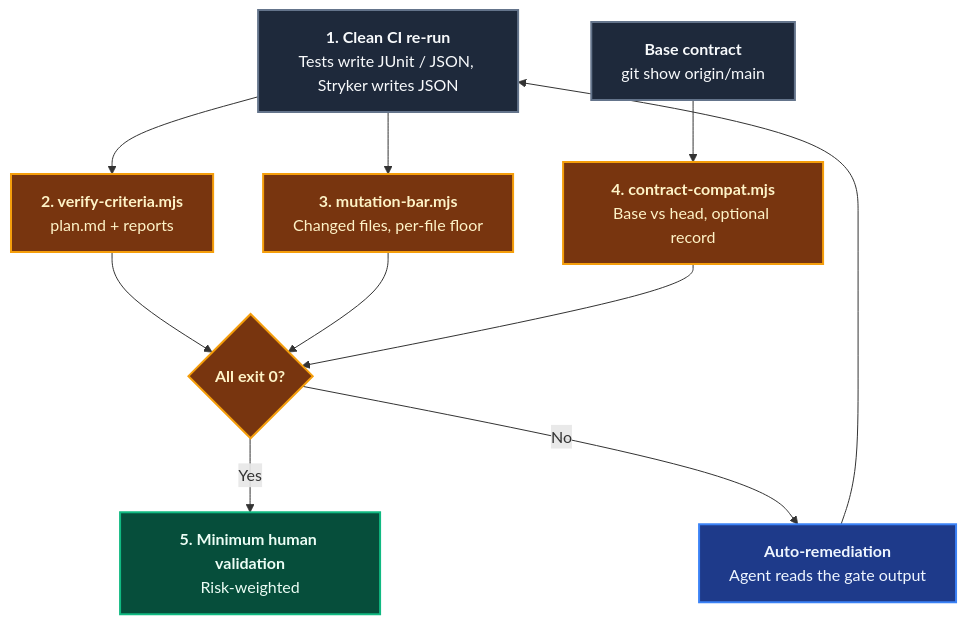
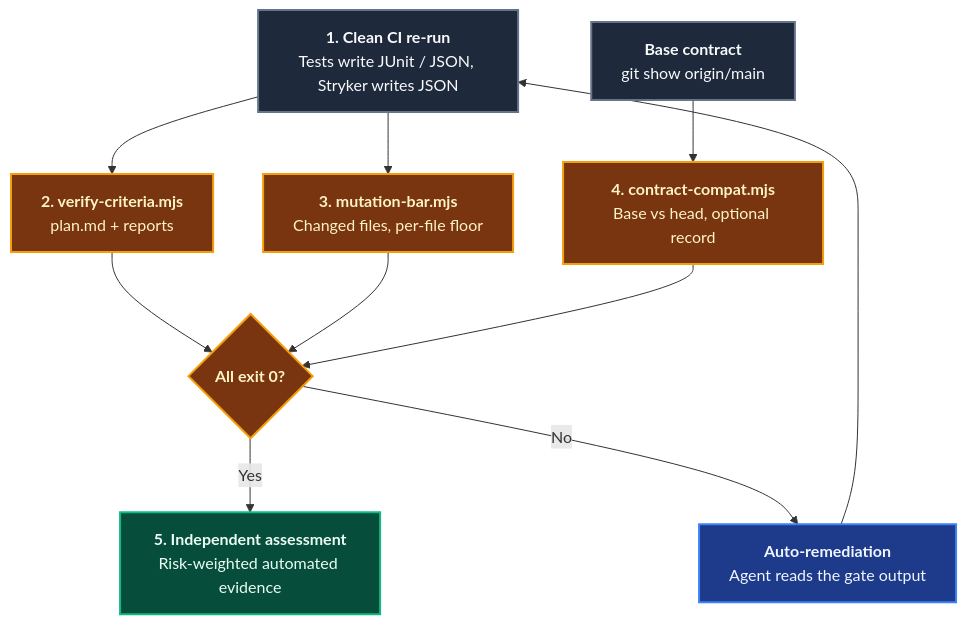
The third of 4 diagrams in website/docs/guide/domain-prove.md (ALTEN-group/coding-pal), drawn with Mermaid before and after one commit. The commit also changed other lines of this file and 45 other files, not shown here.

````diff
--- a/website/docs/guide/domain-prove.md
+++ b/website/docs/guide/domain-prove.md
@@ -264,25 +264,25 @@
 ```mermaid
 ---
 caption: Verification Gates in the Prove Workflow
 ---
 flowchart TD
     RERUN["<b>1. Clean CI re-run</b><br/>Tests write JUnit / JSON, Stryker writes JSON"] --> CV["<b>2. verify-criteria.mjs</b><br/>plan.md + reports"]
     RERUN --> MB["<b>3. mutation-bar.mjs</b><br/>Changed files, per-file floor"]
     BASE["<b>Base contract</b><br/>git show origin/main"] --> CC["<b>4. contract-compat.mjs</b><br/>Base vs head, optional record"]
     CV --> RES{"<b>All exit 0?</b>"}
     MB --> RES
     CC --> RES
-    RES -->|"Yes"| HUM["<b>5. Minimum human validation</b><br/>Risk-weighted"]
+    RES -->|"Yes"| HUM["<b>5. Independent assessment</b><br/>Risk-weighted automated evidence"]
     RES -->|"No"| FIX["<b>Auto-remediation</b><br/>Agent reads the gate output"]
     FIX --> RERUN
 
     classDef input fill:#1e293b,stroke:#64748b,stroke-width:2px,color:#f8fafc;
     classDef runner fill:#78350f,stroke:#f59e0b,stroke-width:2px,color:#fef3c7;
     classDef agent fill:#1e3a8a,stroke:#3b82f6,stroke-width:2px,color:#eff6ff;
     classDef git fill:#064e3b,stroke:#10b981,stroke-width:2px,color:#ecfdf5;
 
     class RERUN,BASE input;
     class CV,MB,CC,RES runner;
     class FIX agent;
     class HUM git;
 ```
````
